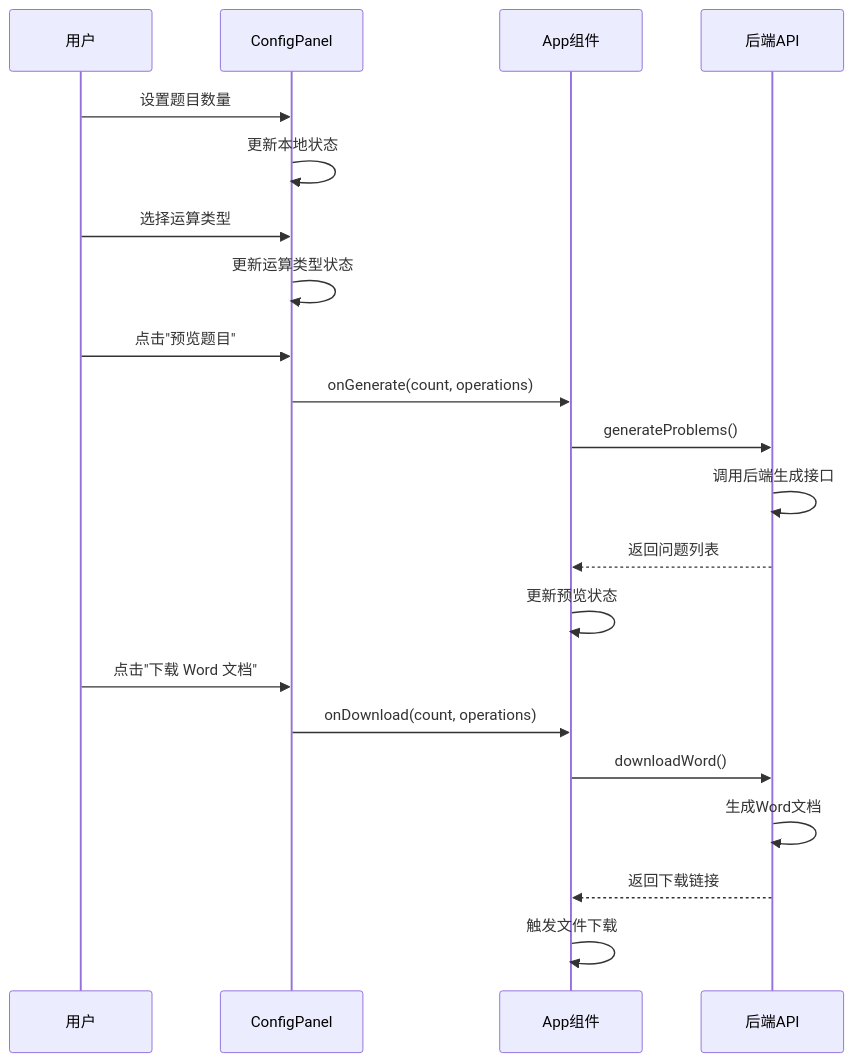
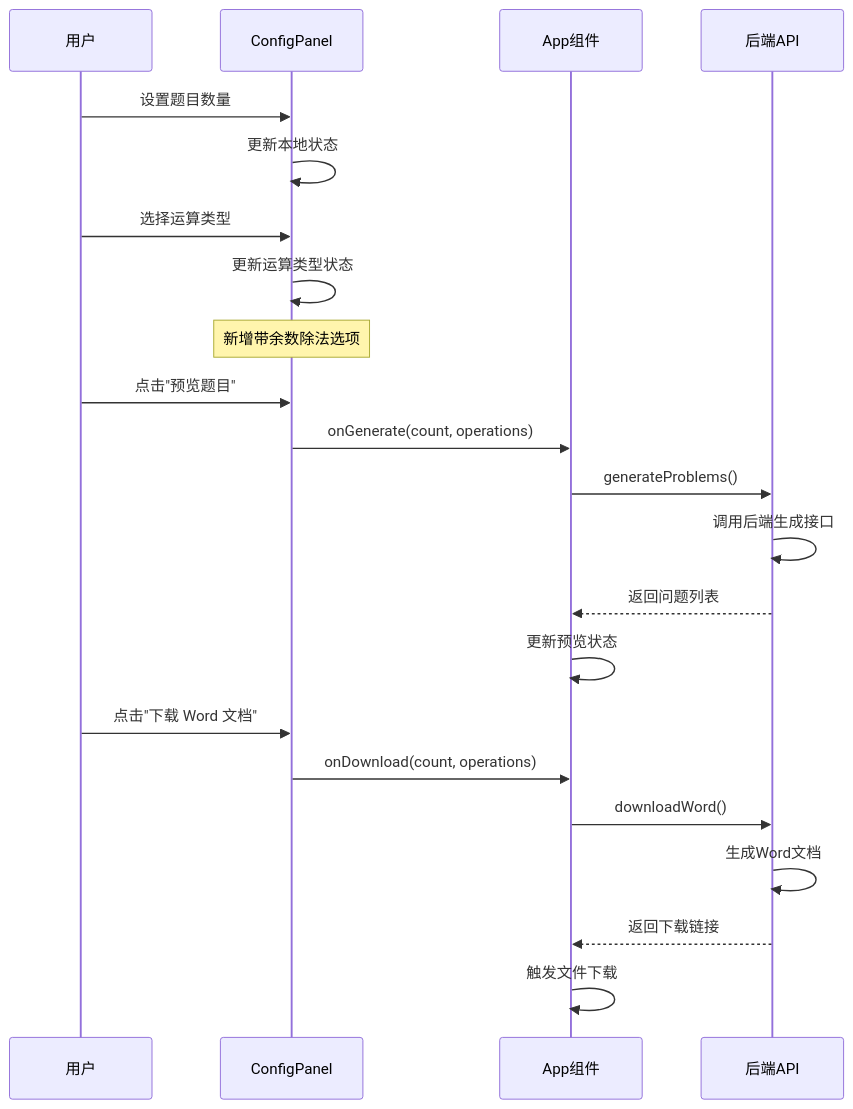
The fifth of 11 diagrams in .qoder/repowiki/zh/content/项目结构/前端用户界面.md (SimonWHL/math-learning), drawn with Mermaid before and after one commit. The commit also changed other lines of this file and 17 other files, not shown here.

````diff
--- a/.qoder/repowiki/zh/content/项目结构/前端用户界面.md
+++ b/.qoder/repowiki/zh/content/项目结构/前端用户界面.md
@@ -169,23 +208,24 @@
 ```mermaid
 sequenceDiagram
 participant User as 用户
 participant Panel as ConfigPanel
 participant App as App组件
 participant API as 后端API
 User->>Panel : 设置题目数量
 Panel->>Panel : 更新本地状态
 User->>Panel : 选择运算类型
 Panel->>Panel : 更新运算类型状态
+Note over Panel : 新增带余数除法选项
 User->>Panel : 点击"预览题目"
 Panel->>App : onGenerate(count, operations)
 App->>API : generateProblems()
 API->>API : 调用后端生成接口
 API-->>App : 返回问题列表
 App->>App : 更新预览状态
 User->>Panel : 点击"下载 Word 文档"
 Panel->>App : onDownload(count, operations)
 App->>API : downloadWord()
 API->>API : 生成Word文档
 API-->>App : 返回下载链接
 App->>App : 触发文件下载
 ```
````
